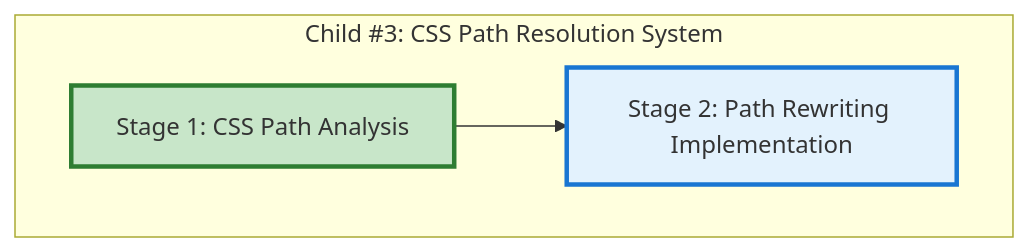
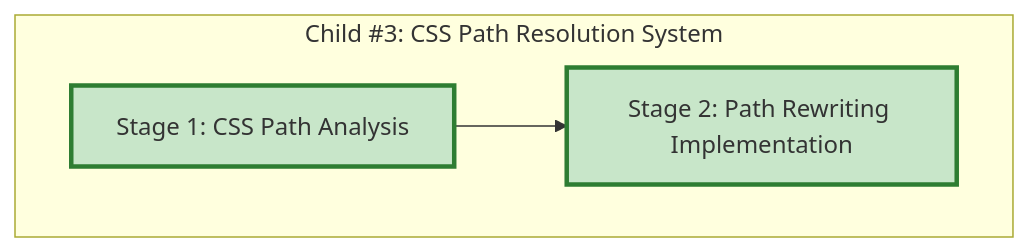
The diagram in docs/proposals/epic-15-federated-build-system/child-3-css-path-resolution/progress.md (info-tech-io/hugo-templates), drawn with Mermaid before and after one commit. The commit also changed other lines of this file and 1 other file, not shown here.

First line of the commit message:
docs(issue-18): update Child #18 progress - Stage 2 complete, Child #18 100% done

````diff
--- a/docs/proposals/epic-15-federated-build-system/child-3-css-path-resolution/progress.md
+++ b/docs/proposals/epic-15-federated-build-system/child-3-css-path-resolution/progress.md
@@ -5,12 +5,12 @@
 ```mermaid
 graph TD
     subgraph "Child #3: CSS Path Resolution System"
         A[Stage 1: CSS Path Analysis] --> B[Stage 2: Path Rewriting Implementation];
     end
 
     style A fill:#c8e6c9,stroke:#2e7d32,stroke-width:3px
-    style B fill:#e3f2fd,stroke:#1976d2,stroke-width:3px
+    style B fill:#c8e6c9,stroke:#2e7d32,stroke-width:3px
 
     click A "001-progress.md" "Stage 1: COMPLETE ✅"
-    click B "002-progress.md" "Stage 2: Ready to Start"
+    click B "002-progress.md" "Stage 2: COMPLETE ✅"
 ```
````
